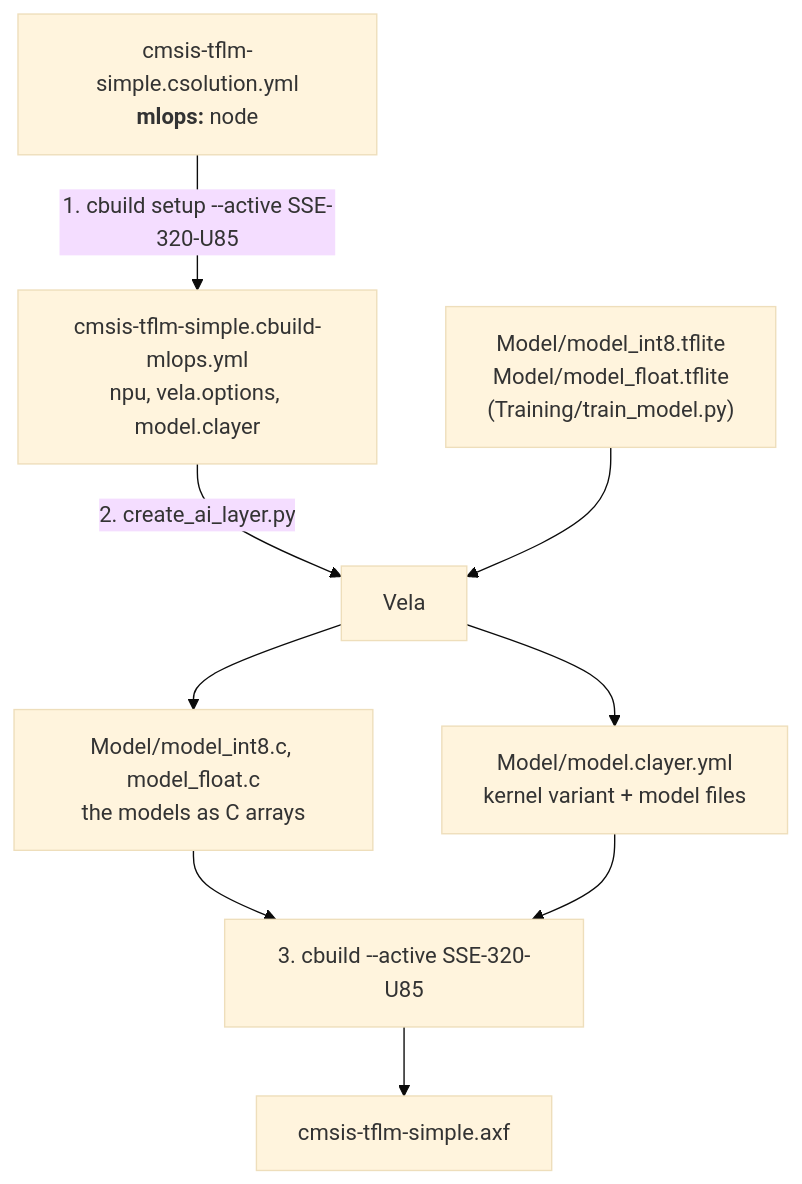
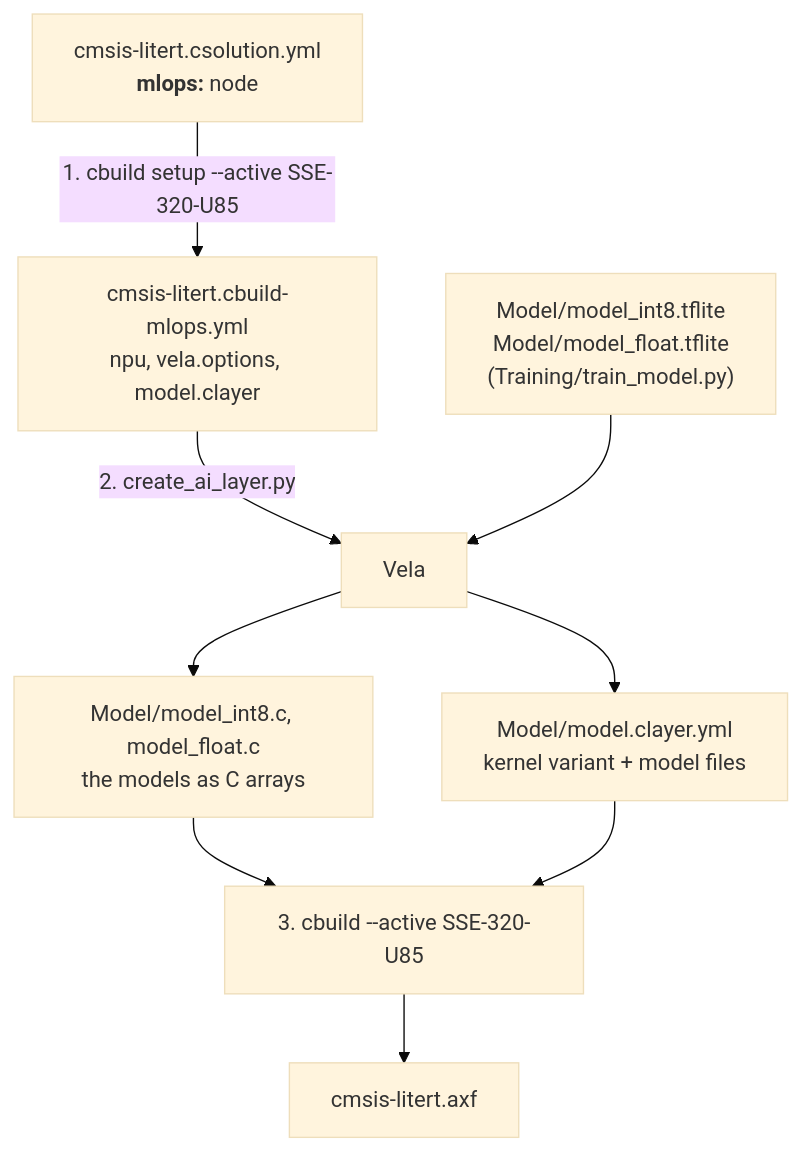
Before and after one commit to Evagan2018/CMSIS-LiteRT: the diagram in documentation/mlops-flow.md, drawn with Mermaid (base theme). The commit also changed other lines of this file and 11 other files, not shown here.

First line of the commit message:
Rename the solution to cmsis-litert and run the FVP through .vscode/fvp.sh

````diff
--- a/documentation/mlops-flow.md
+++ b/documentation/mlops-flow.md
@@ -9,11 +9,11 @@
 ```mermaid
 flowchart TD
-    A["cmsis-tflm-simple.csolution.yml<br/><b>mlops:</b> node"] -->|"1. cbuild setup --active SSE-320-U85"| B["cmsis-tflm-simple.cbuild-mlops.yml<br/>npu, vela.options, model.clayer"]
+    A["cmsis-litert.csolution.yml<br/><b>mlops:</b> node"] -->|"1. cbuild setup --active SSE-320-U85"| B["cmsis-litert.cbuild-mlops.yml<br/>npu, vela.options, model.clayer"]
     B -->|"2. create_ai_layer.py"| C["Vela"]
     D["Model/model_int8.tflite<br/>Model/model_float.tflite<br/>(Training/train_model.py)"] --> C
     C --> E["Model/model_int8.c, model_float.c<br/>the models as C arrays"]
     C --> F["Model/model.clayer.yml<br/>kernel variant + model files"]
     E --> G["3. cbuild --active SSE-320-U85"]
     F --> G
-    G --> H["cmsis-tflm-simple.axf"]
+    G --> H["cmsis-litert.axf"]
 ```
````
